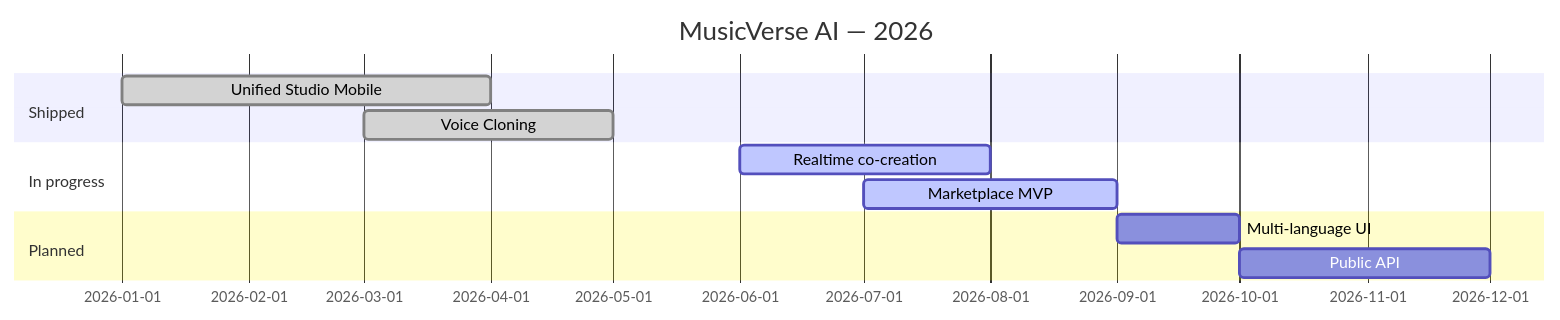
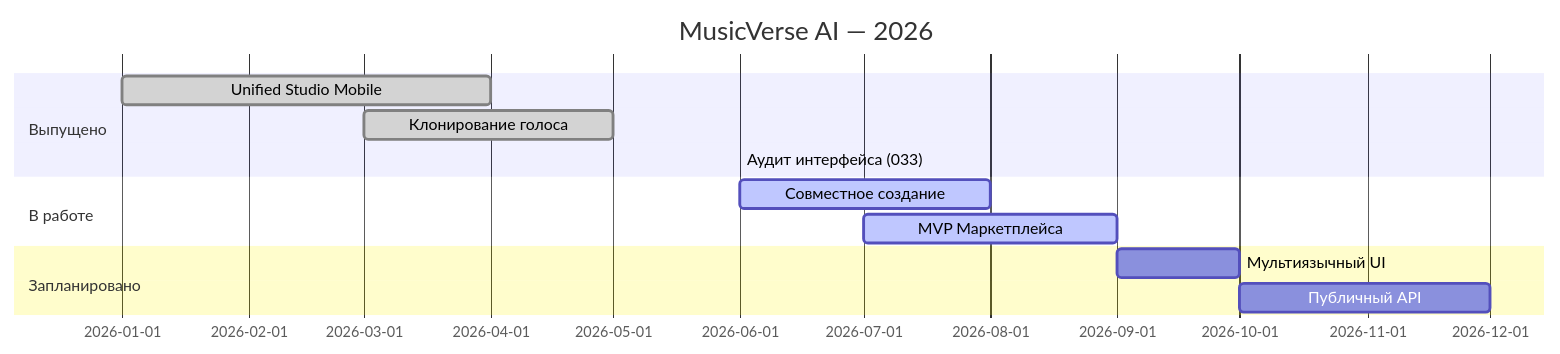
Before and after one commit to HOW2AI-AGENCY/aimusicverse: the second of 2 diagrams in README.md, drawn with Mermaid. The commit also changed other lines of this file and 23 other files, not shown here.

````diff
--- a/README.md
+++ b/README.md
@@ -424,14 +422,15 @@
 ```mermaid
 gantt
     title MusicVerse AI — 2026
     dateFormat YYYY-MM
-    section Shipped
+    section Выпущено
     Unified Studio Mobile     :done, 2026-01, 2026-04
-    Voice Cloning             :done, 2026-03, 2026-05
-    section In progress
-    Realtime co-creation      :active, 2026-06, 2026-08
-    Marketplace MVP           :active, 2026-07, 2026-09
-    section Planned
-    Multi-language UI         : 2026-09, 2026-10
-    Public API                : 2026-10, 2026-12
+    Клонирование голоса       :done, 2026-03, 2026-05
+    Аудит интерфейса (033)    :done, 2026-06, 2026-06
+    section В работе
+    Совместное создание       :active, 2026-06, 2026-08
+    MVP Маркетплейса          :active, 2026-07, 2026-09
+    section Запланировано
+    Мультиязычный UI          : 2026-09, 2026-10
+    Публичный API             : 2026-10, 2026-12
 ```
````
